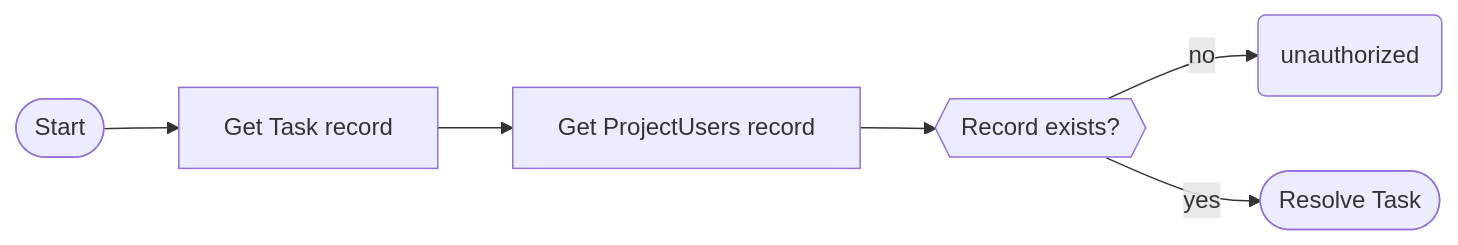
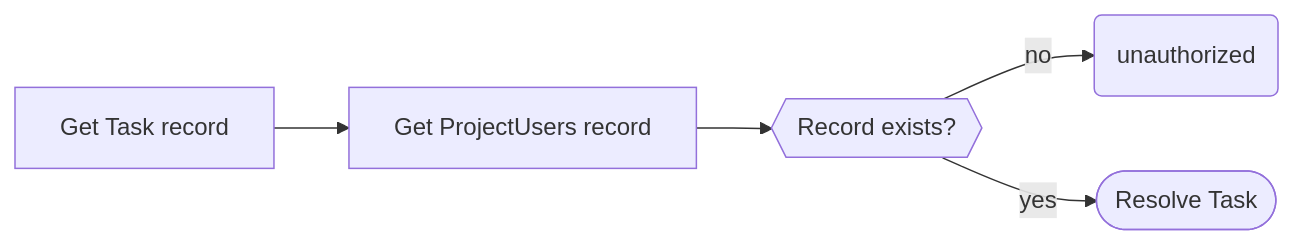
One commit to bboure/appsync.wtf changed the diagram in workshops/typescript-workshop/build/authorization.md. Above: the diagram before and after it, drawn with Mermaid. The commit also changed other lines of this file and 10 other files, not shown here.

````diff
--- a/workshops/typescript-workshop/build/authorization.md
+++ b/workshops/typescript-workshop/build/authorization.md
@@ -87,8 +87,7 @@
 ```mermaid
 graph LR
-    A([Start]) --> B[Get Task record]
-    B --> C[Get ProjectUsers record]
-    C --> exists{{Record exists?}}
+    c[Get Task record] --> get_project_user[Get ProjectUsers record]
+    get_project_user --> exists{{Record exists?}}
 		exists -- no --> unauth(unauthorized)
     exists -- yes --> e([Resolve Task])
 ```
````
